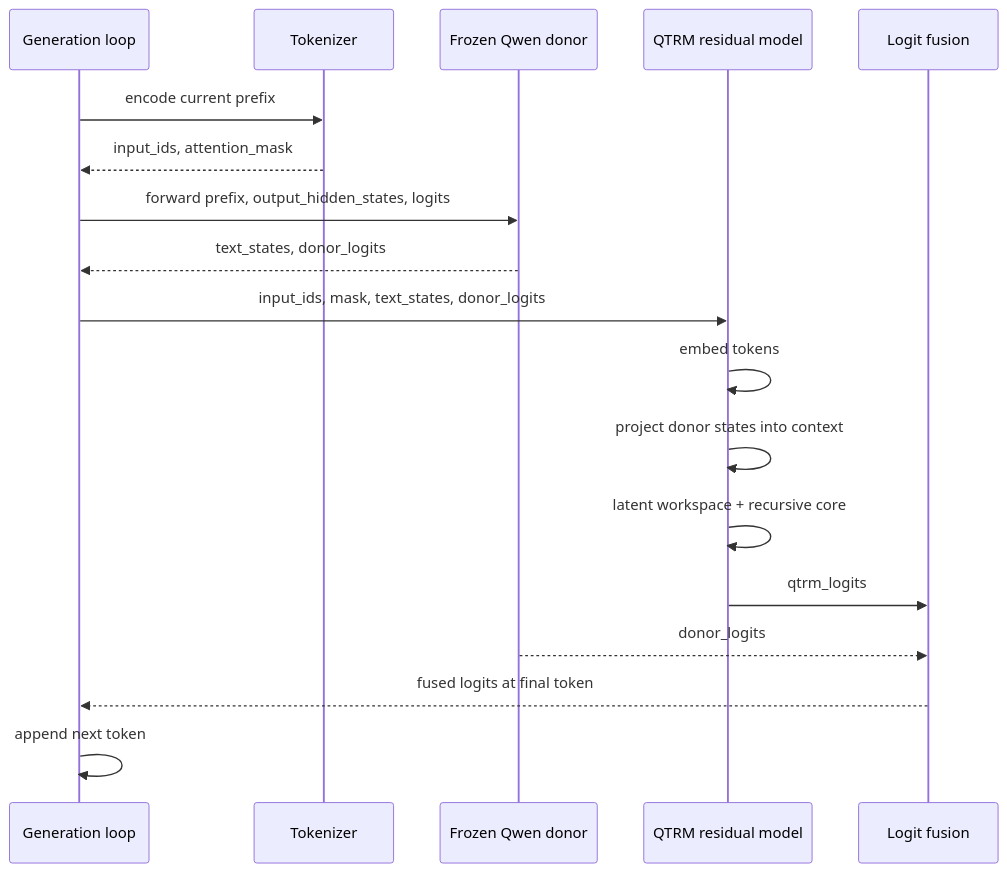
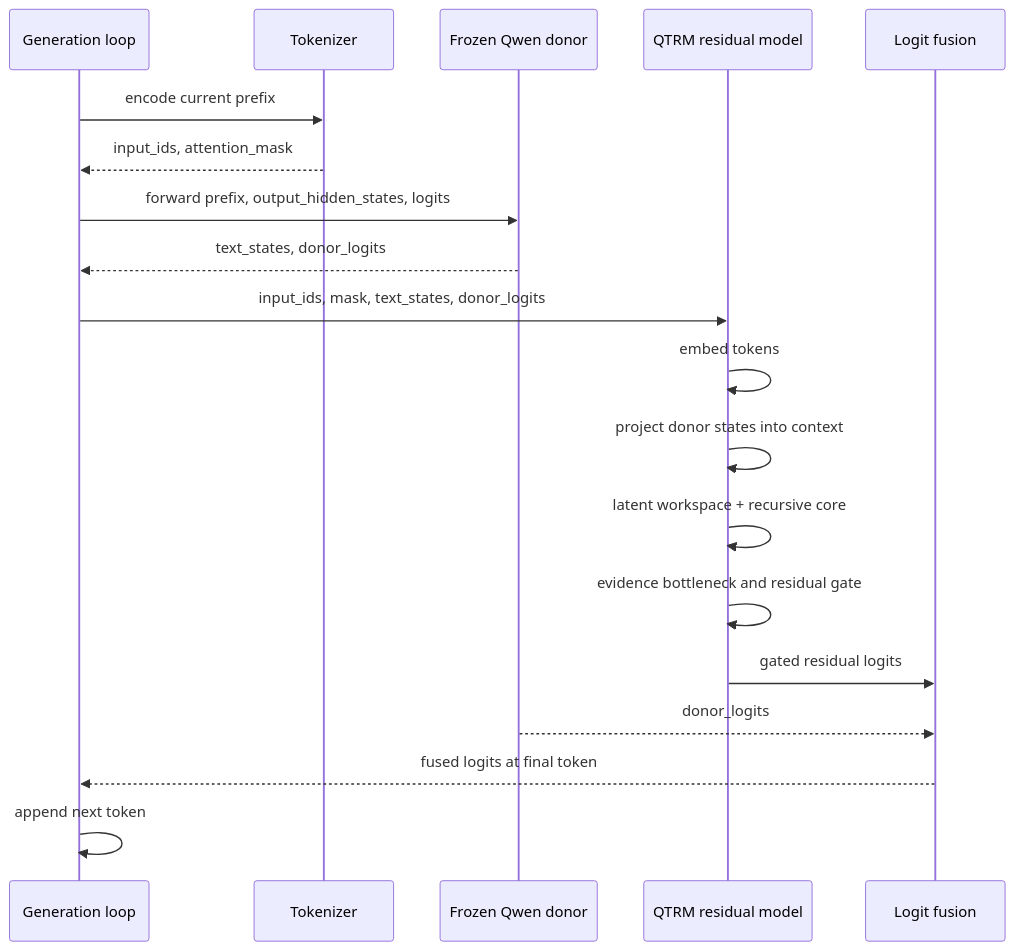
One commit to edu-ide/wgram-lm changed the second of 8 diagrams in docs/wiki/architecture/qtrm-forward-pass.md. Above: the diagram before and after it, drawn with Mermaid. The commit also changed other lines of this file and 426 other files, not shown here.

Commit message:
docs: record reasoning architecture experiments

````diff
--- a/docs/wiki/architecture/qtrm-forward-pass.md
+++ b/docs/wiki/architecture/qtrm-forward-pass.md
@@ -101,21 +194,22 @@
 ```mermaid
 sequenceDiagram
     participant Gen as Generation loop
     participant Tok as Tokenizer
     participant Donor as Frozen Qwen donor
     participant QTRM as QTRM residual model
     participant Fuse as Logit fusion
 
     Gen->>Tok: encode current prefix
     Tok-->>Gen: input_ids, attention_mask
     Gen->>Donor: forward prefix, output_hidden_states, logits
     Donor-->>Gen: text_states, donor_logits
     Gen->>QTRM: input_ids, mask, text_states, donor_logits
     QTRM->>QTRM: embed tokens
     QTRM->>QTRM: project donor states into context
     QTRM->>QTRM: latent workspace + recursive core
-    QTRM->>Fuse: qtrm_logits
+    QTRM->>QTRM: evidence bottleneck and residual gate
+    QTRM->>Fuse: gated residual logits
     Donor-->>Fuse: donor_logits
     Fuse-->>Gen: fused logits at final token
     Gen->>Gen: append next token
 ```
````
